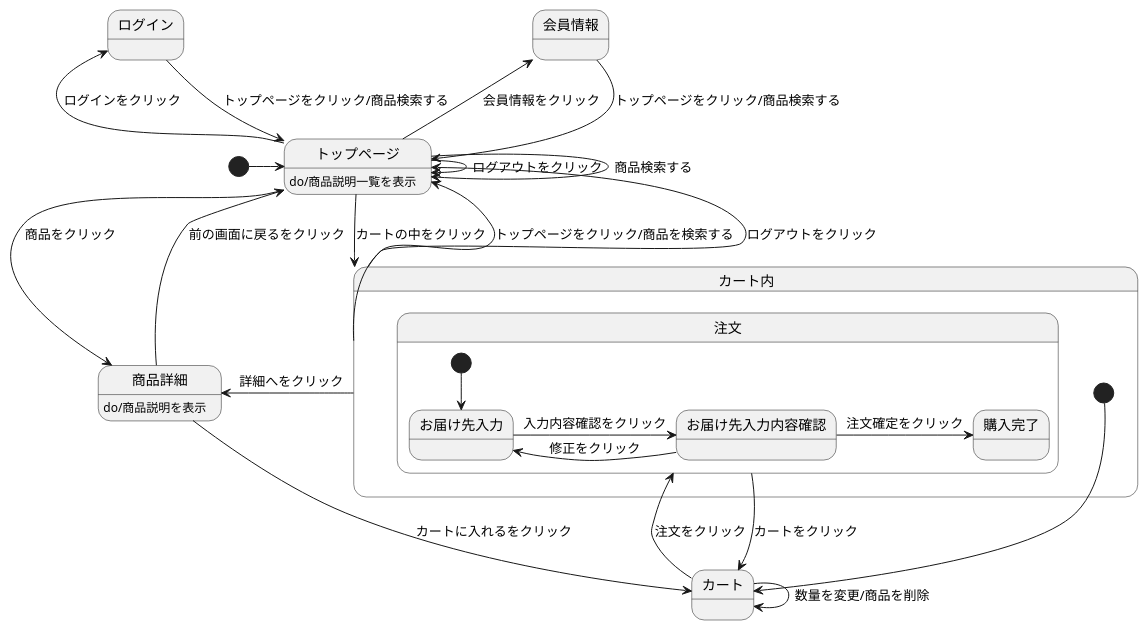
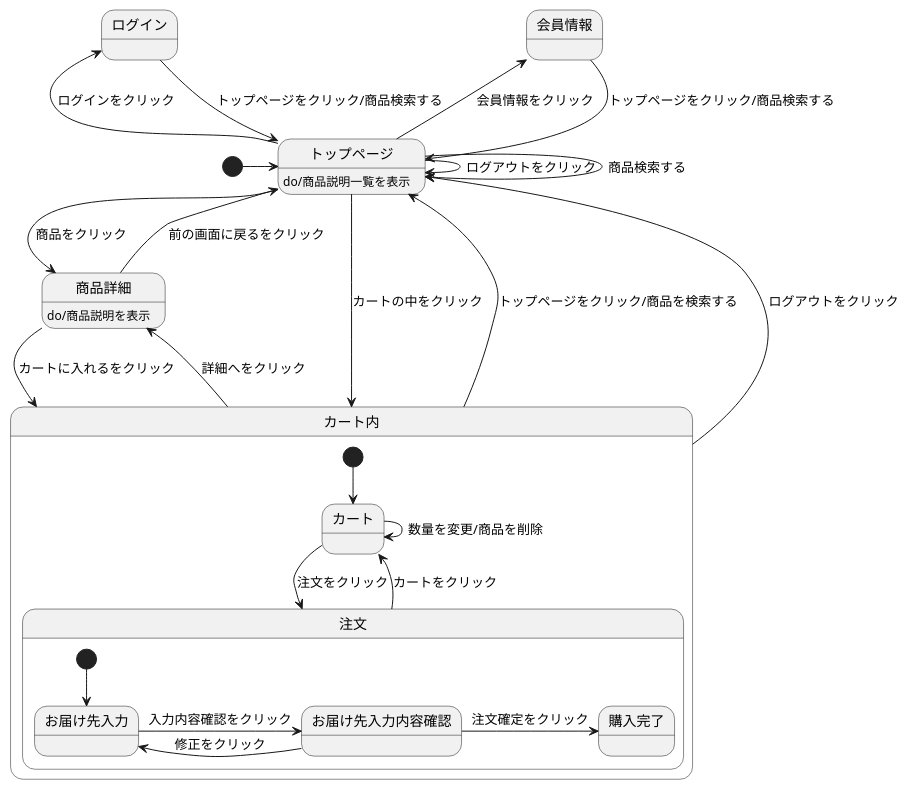
The diagram in stm01.md (Aso2001026/2021sys-design), drawn with PlantUML before and after one commit.

````diff
--- a/stm01.md
+++ b/stm01.md
@@ -1,35 +1,35 @@
 ```uml
 @startuml
 
 [*] -> トップページ
 会員情報 --> トップページ : トップページをクリック/商品検索する
 ログイン --> トップページ : トップページをクリック/商品検索する
 トップページ -> トップページ : ログアウトをクリック
 トップページ -> トップページ : 商品検索する
 トップページ -> 商品詳細 : 商品をクリック
 トップページ -left-> 会員情報 : 会員情報をクリック
 トップページ -left-> ログイン : ログインをクリック
 トップページ --> カート内 : カートの中をクリック
 トップページ:do/商品説明一覧を表示
-商品詳細 --> カート : カートに入れるをクリック
+商品詳細 --> カート内 : カートに入れるをクリック
 商品詳細 --> トップページ : 前の画面に戻るをクリック
 商品詳細:do/商品説明を表示
 カート内-up-> トップページ : トップページをクリック/商品を検索する
 カート内 -up-> トップページ : ログアウトをクリック
 カート内 -> 商品詳細 : 詳細へをクリック
 
 state カート内{
 [*] --> カート
 カート -> 注文 : 注文をクリック
 カート -> カート : 数量を変更/商品を削除
 注文 --> カート : カートをクリック
  state 注文{
   [*] --> お届け先入力
   お届け先入力 -> お届け先入力内容確認 : 入力内容確認をクリック
   お届け先入力内容確認 -> お届け先入力 : 修正をクリック
   お届け先入力内容確認 -> 購入完了 : 注文確定をクリック
  }
 }
 @enduml
 
 ```
````
